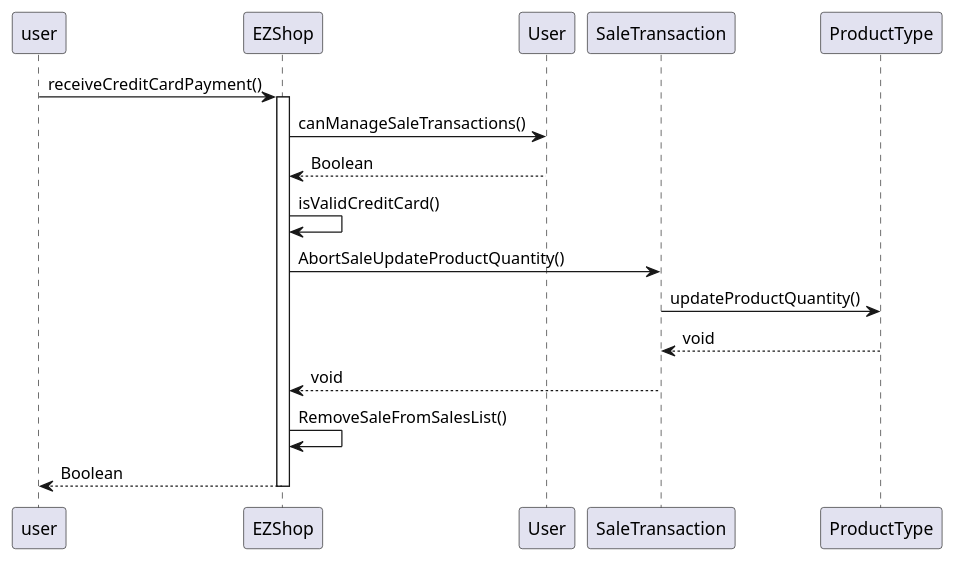
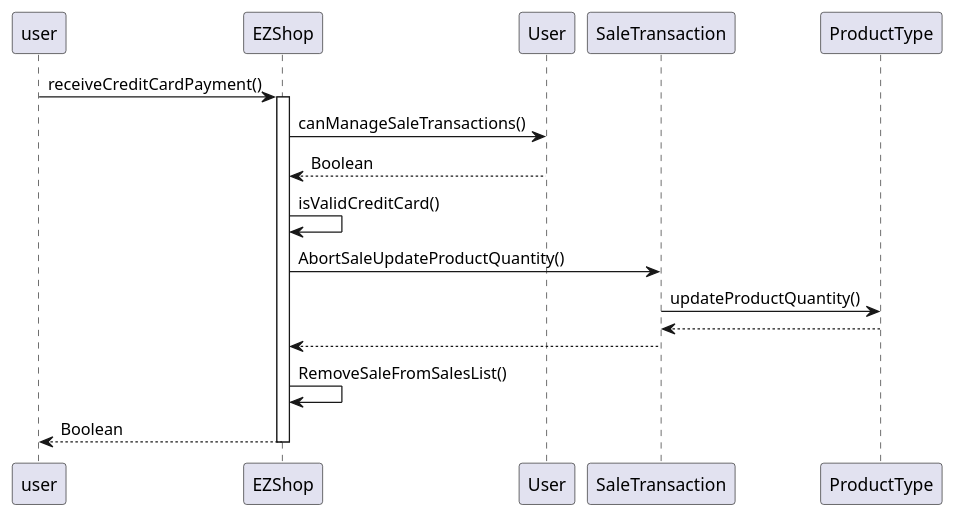
Before and after one commit to gioele-scaletta/EZShop-Software-Engineering-Project: diagram 14 of 16 in Deliverables/DesignDocument.md, drawn with PlantUML. The commit also changed other lines of this file, not shown here.

````diff
--- a/Deliverables/DesignDocument.md
+++ b/Deliverables/DesignDocument.md
@@ -545,14 +554,14 @@
 ```plantuml
 user -> EZShop : receiveCreditCardPayment()
 activate  EZShop
 EZShop -> User : canManageSaleTransactions()
 EZShop <-- User : Boolean
 EZShop -> EZShop : isValidCreditCard()
 EZShop -> SaleTransaction : AbortSaleUpdateProductQuantity()
 SaleTransaction -> ProductType : updateProductQuantity()
-SaleTransaction <-- ProductType : void
-EZShop <-- SaleTransaction : void
+SaleTransaction <-- ProductType
+EZShop <-- SaleTransaction 
 EZShop->EZShop : RemoveSaleFromSalesList()
 user <-- EZShop : Boolean
 deactivate EZShop
 ```
````
